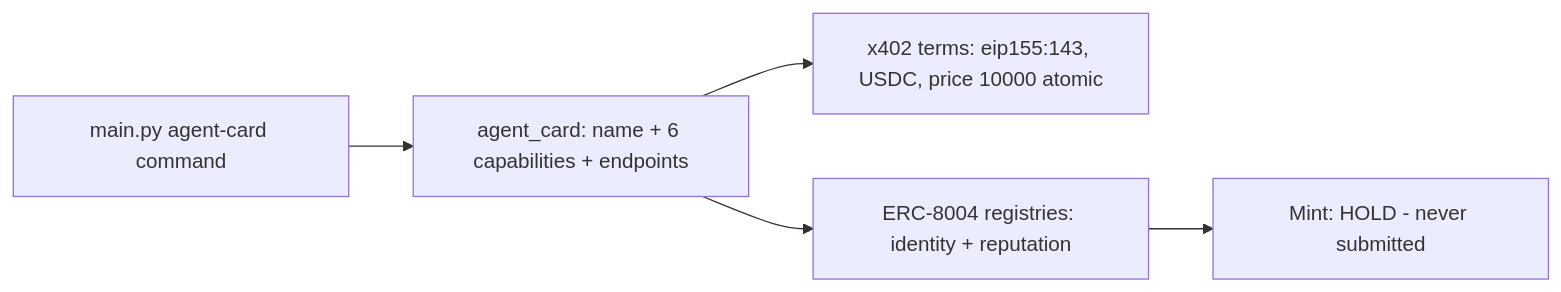
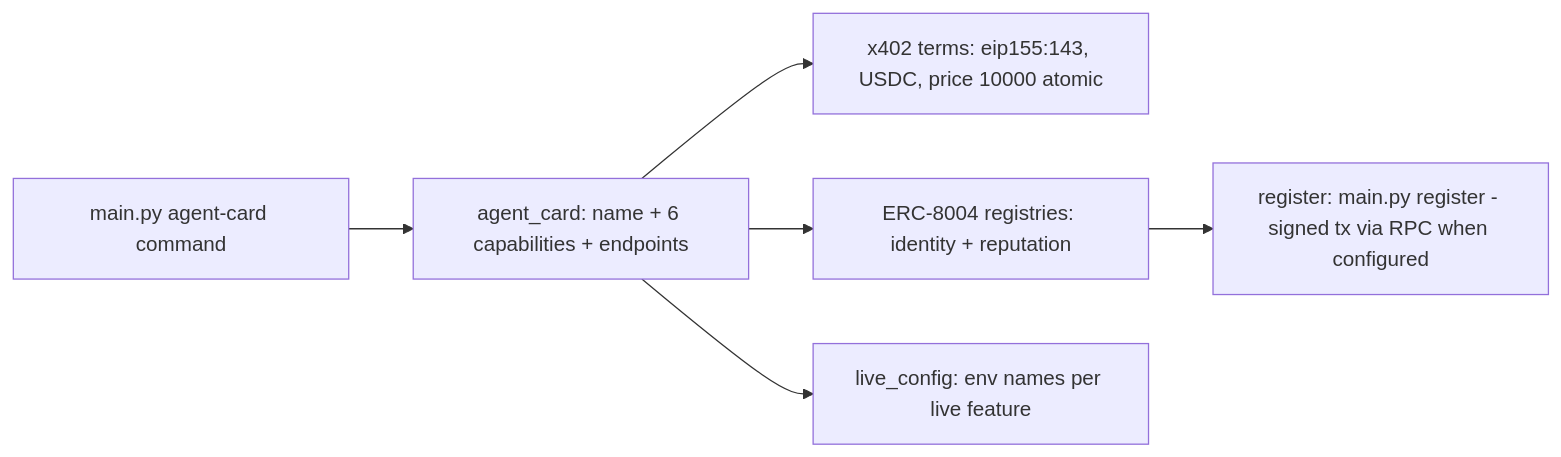
One commit to kimanicollier44-cmyk/omni-agent-traderx changed the third of 6 diagrams in README.md. Above: the diagram before and after it, drawn with Mermaid. The commit also changed other lines of this file and 3 other files, not shown here.

Commit message:
omni-agent-traderx: FULLY FUNCTIONAL - real keccak/secp256k1 signing, x402 facilitator verify/settle, ERC-8004 registration tx, live HFT/Coinbase/Reddit/RPC paths, honeypot listener, live-status config gates (no HOLD stubs)

````diff
--- a/README.md
+++ b/README.md
@@ -162,7 +175,8 @@
 ```mermaid
 flowchart LR
     A[main.py agent-card command] --> B[agent_card: name + 6 capabilities + endpoints]
     B --> C[x402 terms: eip155:143, USDC, price 10000 atomic]
     B --> D[ERC-8004 registries: identity + reputation]
-    D --> E[Mint: HOLD - never submitted]
+    B --> E[live_config: env names per live feature]
+    D --> F[register: main.py register - signed tx via RPC when configured]
 ```
````
